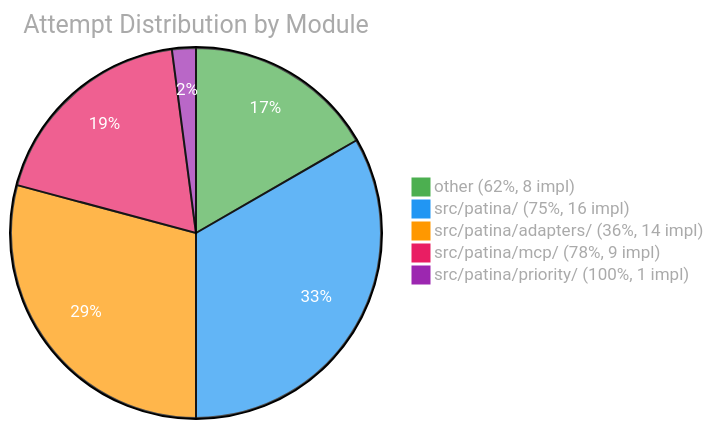
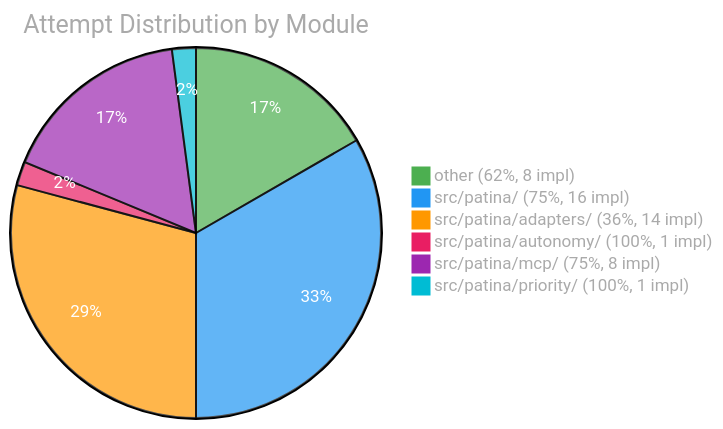
One commit to Sanctum-Origo-Systems/patina changed the third of 3 diagrams in EVAL.md. Above: the diagram before and after it, drawn with Mermaid. The commit also changed other lines of this file and 1 other file, not shown here.

````diff
--- a/EVAL.md
+++ b/EVAL.md
@@ -55,9 +56,10 @@
 ```mermaid
 %%{init: {'theme': 'base', 'themeVariables': {'pie1': '#4CAF50', 'pie2': '#2196F3', 'pie3': '#FF9800', 'pie4': '#E91E63', 'pie5': '#9C27B0', 'pie6': '#00BCD4', 'pieTitleTextColor': '#aaa', 'pieLegendTextColor': '#aaa', 'pieSectionTextColor': '#fff'}}}%%
 pie title Attempt Distribution by Module
     "other (62%, 8 impl)" : 8
     "src/patina/ (75%, 16 impl)" : 16
     "src/patina/adapters/ (36%, 14 impl)" : 14
-    "src/patina/mcp/ (78%, 9 impl)" : 9
+    "src/patina/autonomy/ (100%, 1 impl)" : 1
+    "src/patina/mcp/ (75%, 8 impl)" : 8
     "src/patina/priority/ (100%, 1 impl)" : 1
 ```
````
